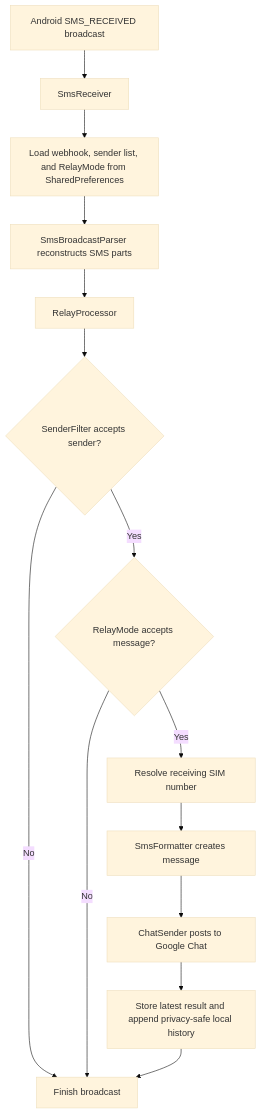
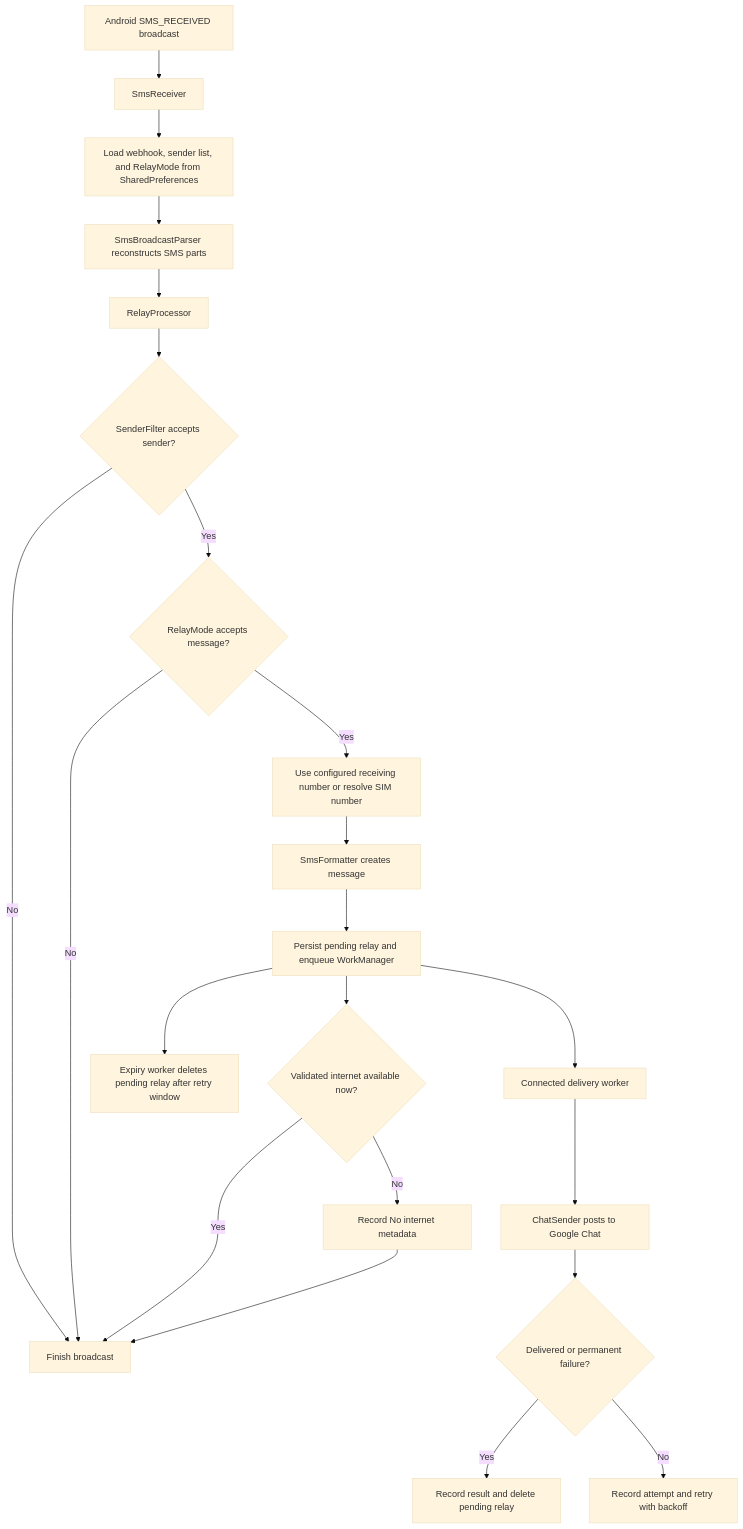
Before and after one commit to atiarmridul/TelcoOtpRelay: the diagram in docs/ARCHITECTURE.md, drawn with Mermaid (base theme). The commit also changed other lines of this file and 30 other files, not shown here.

Commit message:
feat: add durable SMS relay delivery

````diff
--- a/docs/ARCHITECTURE.md
+++ b/docs/ARCHITECTURE.md
@@ -9,16 +9,24 @@
 ```mermaid
 flowchart TD
     A[Android SMS_RECEIVED broadcast] --> B[SmsReceiver]
     B --> C[Load webhook, sender list, and RelayMode from SharedPreferences]
     C --> D[SmsBroadcastParser reconstructs SMS parts]
     D --> P[RelayProcessor]
     P --> S{SenderFilter accepts sender?}
     S -- No --> F
     S -- Yes --> E{RelayMode accepts message?}
     E -- No --> F[Finish broadcast]
-    E -- Yes --> G[Resolve receiving SIM number]
+    E -- Yes --> G[Use configured receiving number or resolve SIM number]
     G --> H[SmsFormatter creates message]
-    H --> I[ChatSender posts to Google Chat]
-    I --> J[Store latest result and append privacy-safe local history]
+    H --> Q[Persist pending relay and enqueue WorkManager]
+    Q --> N{Validated internet available now?}
+    N -- No --> J[Record No internet metadata]
+    N -- Yes --> F
     J --> F
+    Q --> W[Connected delivery worker]
+    W --> I[ChatSender posts to Google Chat]
+    I --> R{Delivered or permanent failure?}
+    R -- Yes --> X[Record result and delete pending relay]
+    R -- No --> Y[Record attempt and retry with backoff]
+    Q --> Z[Expiry worker deletes pending relay after retry window]
 ```
````
